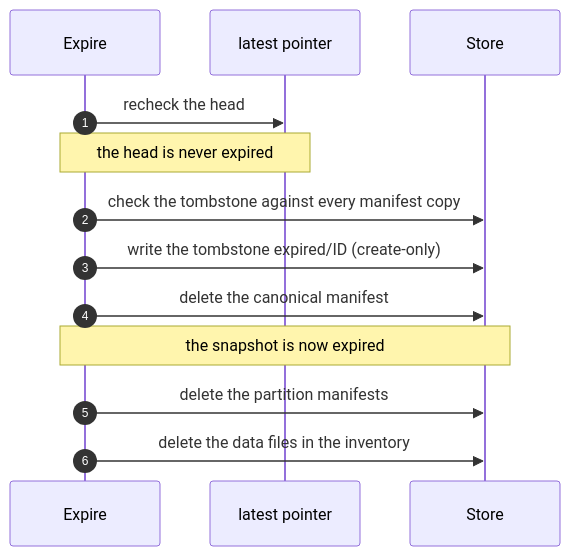
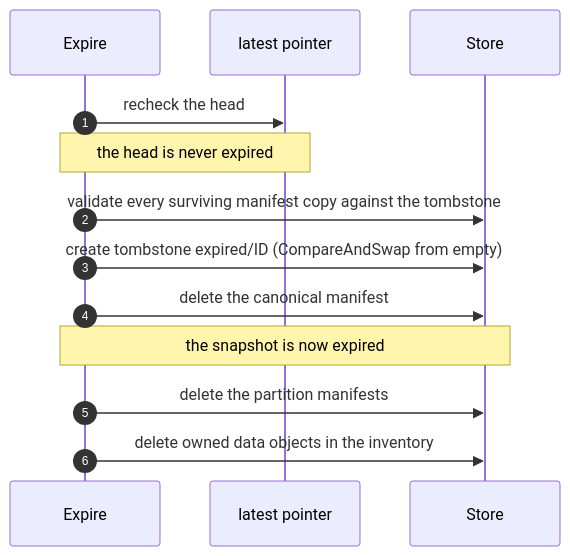
Before and after one commit to pithecene/lode: the second of 3 diagrams in docs/guides/retention.md, drawn with Mermaid. The commit also changed other lines of this file and 127 other files, not shown here.

````diff
--- a/docs/guides/retention.md
+++ b/docs/guides/retention.md
@@ -92,15 +71,15 @@
 ```mermaid
 sequenceDiagram
     autonumber
     participant E as Expire
     participant P as latest pointer
     participant S as Store
     E->>P: recheck the head
     Note over E,P: the head is never expired
-    E->>S: check the tombstone against every manifest copy
-    E->>S: write the tombstone expired/ID (create-only)
+    E->>S: validate every surviving manifest copy against the tombstone
+    E->>S: create tombstone expired/ID (CompareAndSwap from empty)
     E->>S: delete the canonical manifest
     Note over E,S: the snapshot is now expired
     E->>S: delete the partition manifests
-    E->>S: delete the data files in the inventory
+    E->>S: delete owned data objects in the inventory
 ```
````
